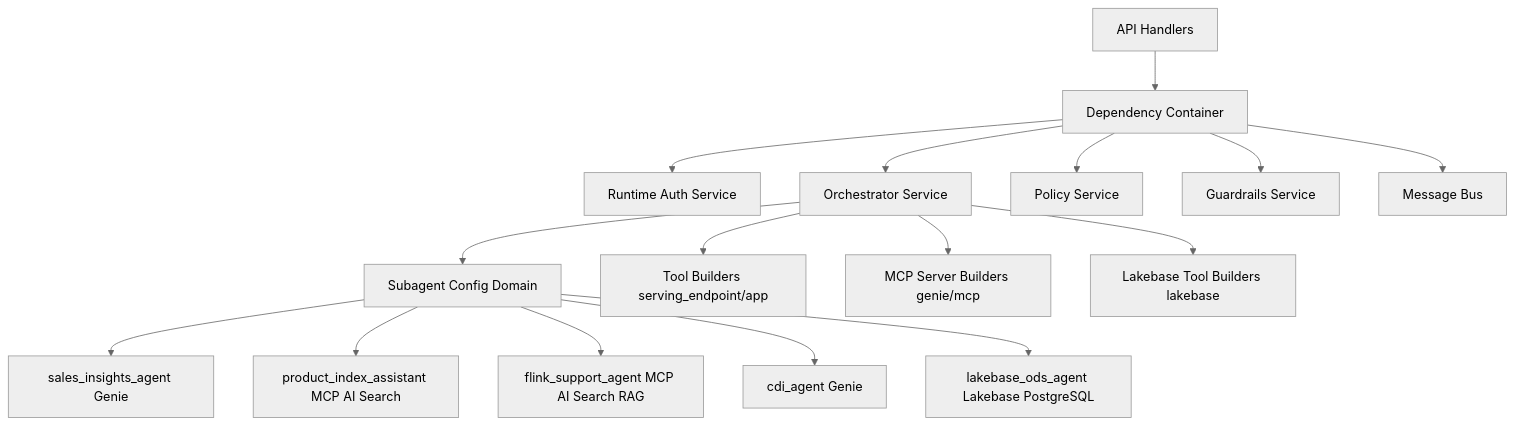
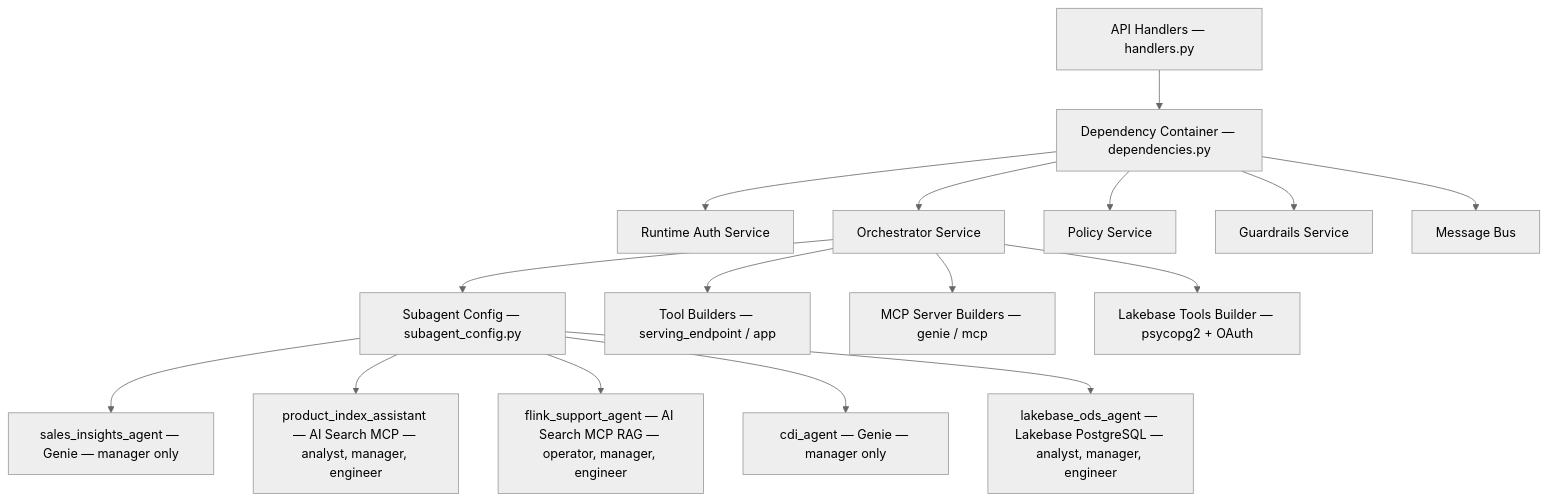
One commit to wchen-dea/Governed-Multi-Agent-Intelligence-on-Databricks changed the first of 7 diagrams in docs/architecture/design-artifacts/04-logical-detailed.md. Above: the diagram before and after it, drawn with Mermaid (neutral theme). The commit also changed other lines of this file and 51 other files, not shown here.

````diff
--- a/docs/architecture/design-artifacts/04-logical-detailed.md
+++ b/docs/architecture/design-artifacts/04-logical-detailed.md
@@ -7,20 +7,20 @@
 ```mermaid
 flowchart TB
-    H[API Handlers] --> D[Dependency Container]
+    H[API Handlers — handlers.py] --> D[Dependency Container — dependencies.py]
     D --> RA[Runtime Auth Service]
     D --> OR[Orchestrator Service]
     D --> PO[Policy Service]
     D --> GR[Guardrails Service]
     D --> MB[Message Bus]
 
-    OR --> SC[Subagent Config Domain]
-    OR --> TL[Tool Builders serving_endpoint/app]
-    OR --> MCP[MCP Server Builders genie/mcp]
-    OR --> LB[Lakebase Tool Builders lakebase]
+    OR --> SC[Subagent Config — subagent_config.py]
+    OR --> TL[Tool Builders — serving_endpoint / app]
+    OR --> MCP[MCP Server Builders — genie / mcp]
+    OR --> LB[Lakebase Tools Builder — psycopg2 + OAuth]
 
-    SC --> S1[sales_insights_agent Genie]
-    SC --> S2[product_index_assistant MCP AI Search]
-    SC --> S3[flink_support_agent MCP AI Search RAG]
-    SC --> S4[cdi_agent Genie]
-    SC --> S5[lakebase_ods_agent Lakebase PostgreSQL]
+    SC --> S1[sales_insights_agent — Genie — manager only]
+    SC --> S2[product_index_assistant — AI Search MCP — analyst, manager, engineer]
+    SC --> S3[flink_support_agent — AI Search MCP RAG — operator, manager, engineer]
+    SC --> S4[cdi_agent — Genie — manager only]
+    SC --> S5[lakebase_ods_agent — Lakebase PostgreSQL — analyst, manager, engineer]
 ```
````
